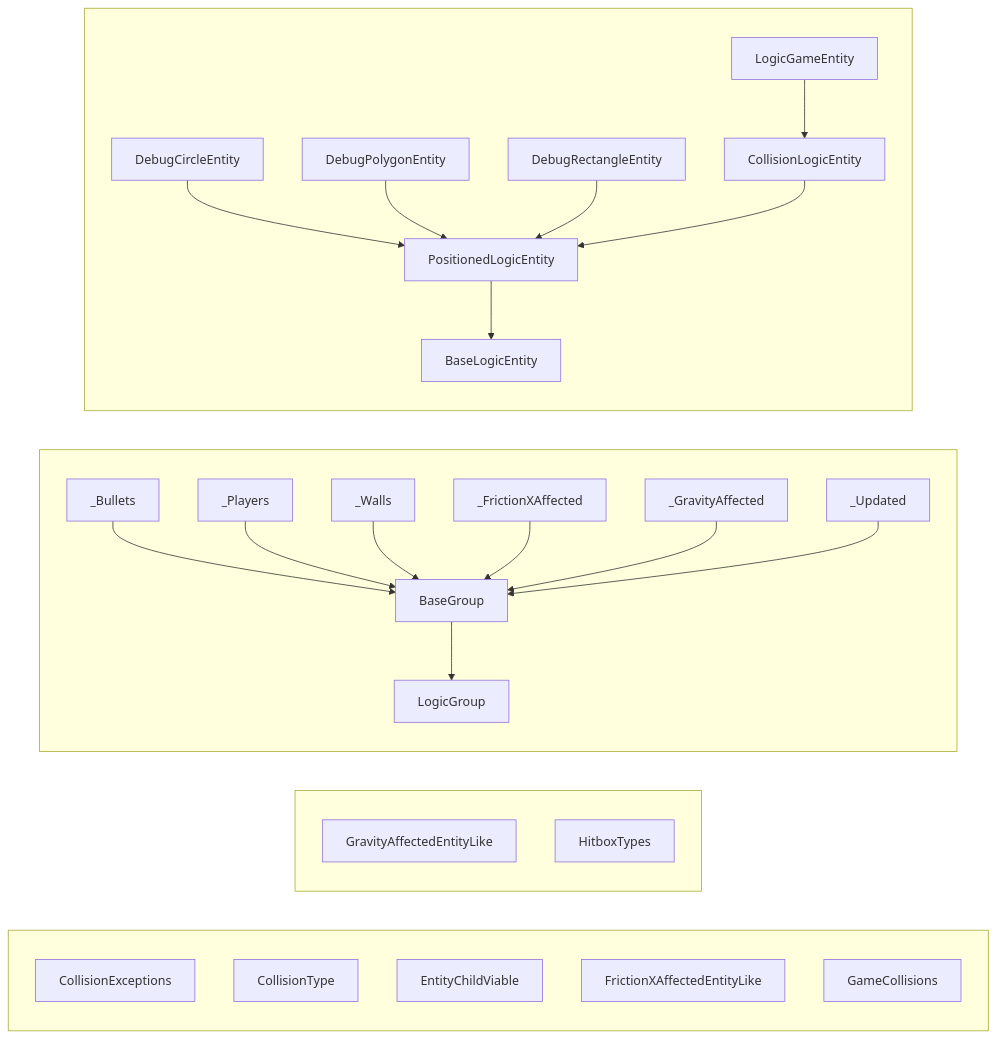
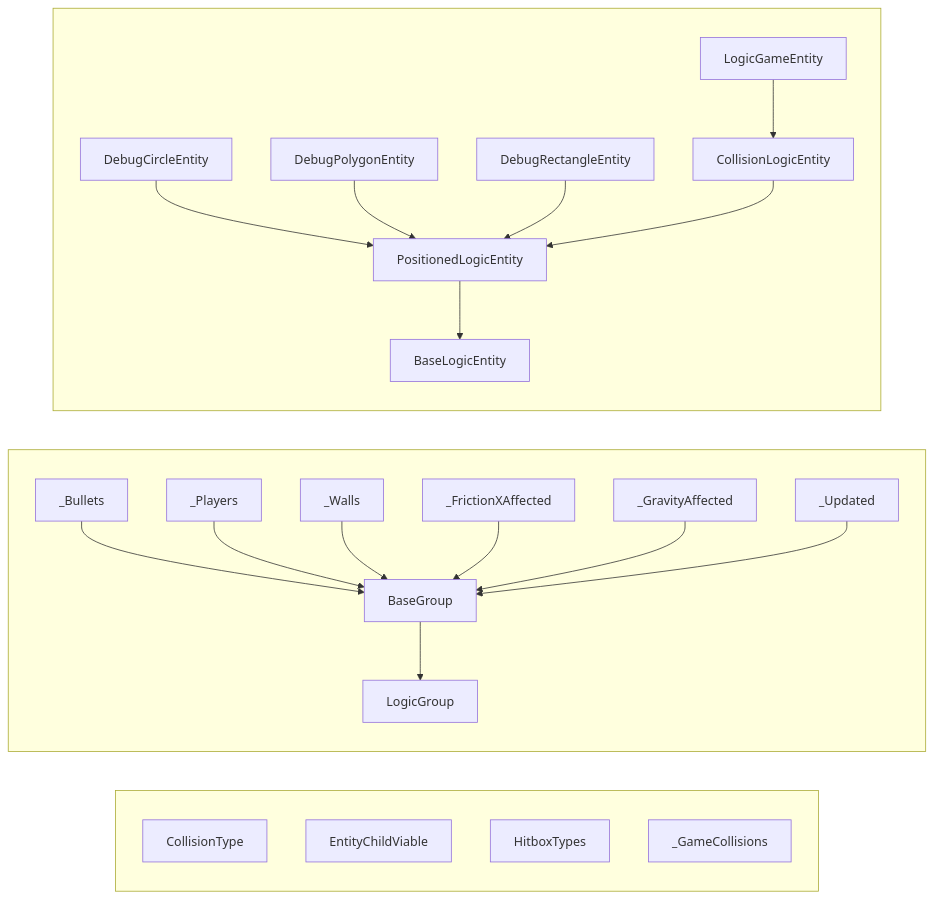
One commit to Nilusink/amoginarium changed the second of 2 diagrams in amoginarium/logic/entities/_base/README.md. Above: the diagram before and after it, drawn with Mermaid. The commit also changed 7 other files, not shown here.

````diff
--- a/amoginarium/logic/entities/_base/README.md
+++ b/amoginarium/logic/entities/_base/README.md
@@ -39,46 +39,41 @@
 ```mermaid
 graph RL
     subgraph Group1 [" "]
-        CollisionExceptions
         CollisionType
         EntityChildViable
-        FrictionXAffectedEntityLike
-        GameCollisions
+        HitboxTypes
+        _GameCollisions
     end
     subgraph Group2 [" "]
-        GravityAffectedEntityLike
-        HitboxTypes
-    end
-    subgraph Group3 [" "]
         BaseGroup
         LogicGroup
         _Bullets
         _FrictionXAffected
         _GravityAffected
         _Players
         _Updated
         _Walls
     end
-    subgraph Group4 [" "]
+    subgraph Group3 [" "]
         BaseLogicEntity
         CollisionLogicEntity
         DebugCircleEntity
         DebugPolygonEntity
         DebugRectangleEntity
         LogicGameEntity
         PositionedLogicEntity
     end
     PositionedLogicEntity --> BaseLogicEntity
     DebugCircleEntity --> PositionedLogicEntity
     DebugPolygonEntity --> PositionedLogicEntity
     DebugRectangleEntity --> PositionedLogicEntity
     CollisionLogicEntity --> PositionedLogicEntity
     LogicGameEntity --> CollisionLogicEntity
     BaseGroup --> LogicGroup
     _Bullets --> BaseGroup
     _Players --> BaseGroup
     _Walls --> BaseGroup
     _FrictionXAffected --> BaseGroup
     _GravityAffected --> BaseGroup
     _Updated --> BaseGroup
 ```
````
